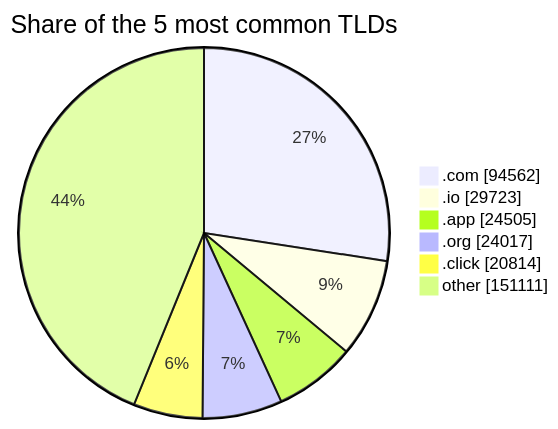
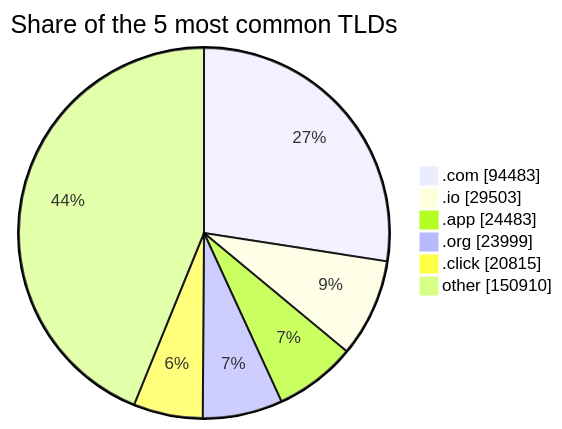
Before and after one commit to DNSBunker/CTI: the third of 3 diagrams in README.md, drawn with Mermaid. The commit also changed other lines of this file and 4 other files, not shown here.

````diff
--- a/README.md
+++ b/README.md
@@ -81,9 +81,9 @@
 ```mermaid
 pie showData title Share of the 5 most common TLDs
-    ".com" : 94562
-    ".io" : 29723
-    ".app" : 24505
-    ".org" : 24017
-    ".click" : 20814
-    "other" : 151111
+    ".com" : 94483
+    ".io" : 29503
+    ".app" : 24483
+    ".org" : 23999
+    ".click" : 20815
+    "other" : 150910
 ```
````
